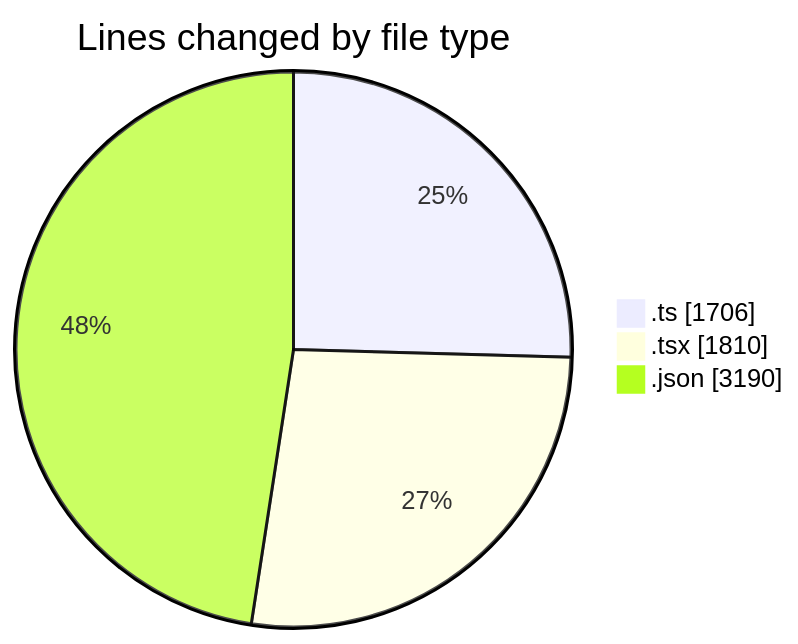
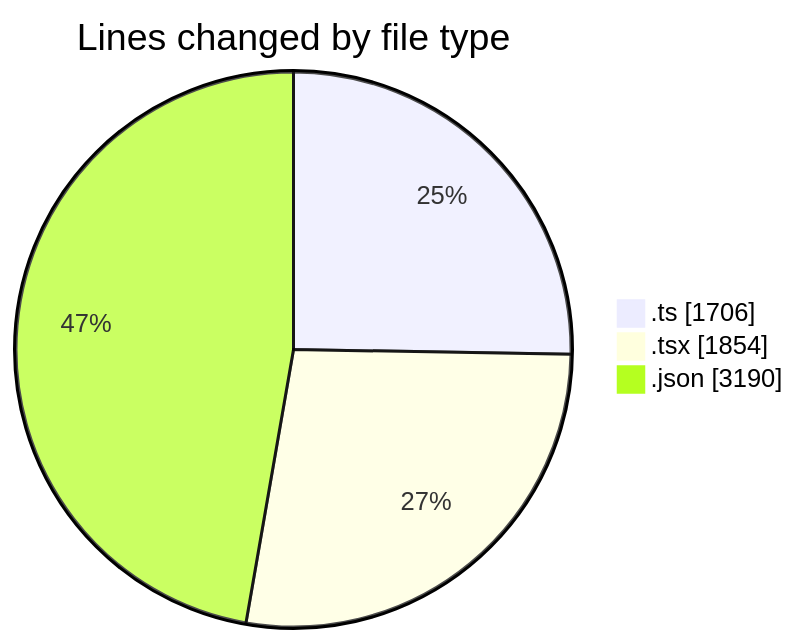
The first of 2 diagrams in 2025-10-23/eventscop-frontend-guide__workspace_/README.md (julien-gomy/code-tracking), drawn with Mermaid before and after one commit. The commit also changed other lines of this file and 1 other file, not shown here.

````diff
--- a/2025-10-23/eventscop-frontend-guide__workspace_/README.md
+++ b/2025-10-23/eventscop-frontend-guide__workspace_/README.md
@@ -33,7 +33,7 @@
 ```mermaid
 pie showData
 title Lines changed by file type
 ".ts" : 1706
-".tsx" : 1810
+".tsx" : 1854
 ".json" : 3190
 ```
````
